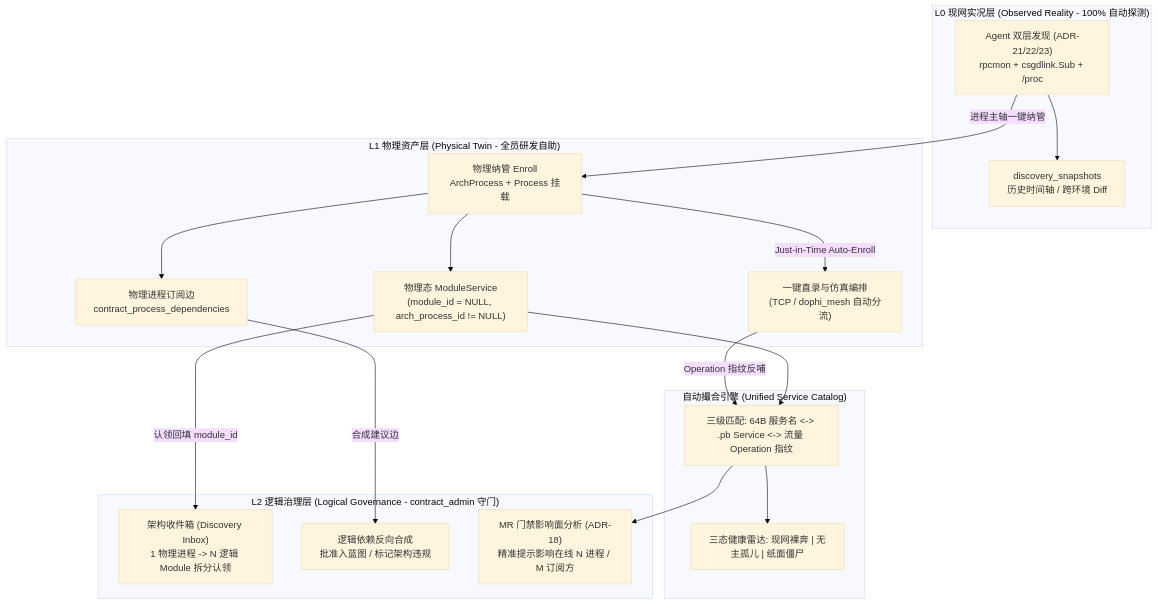
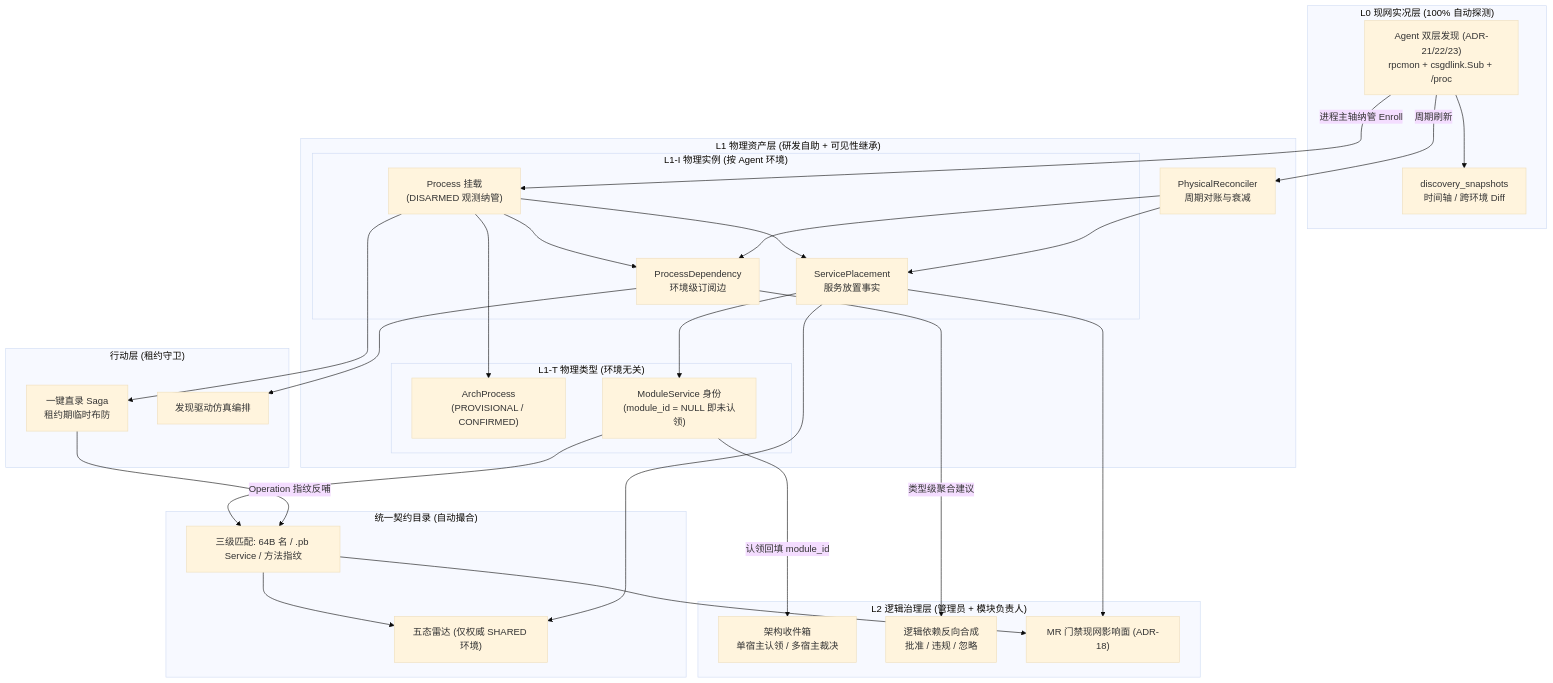
The second of 4 diagrams in docs/05-adr/24-csg-discovery-process-centric-and-physical-logical-boundary-adr.md (fugui/code-contract), drawn with Mermaid (base theme) before and after one commit. The commit also changed other lines of this file and 2 other files, not shown here.

Commit message:
docs: 修订 ADR-24 为 v1.1.0 完善物理双粒度模型与纳管隔离护栏

````diff
--- a/docs/05-adr/24-csg-discovery-process-centric-and-physical-logical-boundary-adr.md
+++ b/docs/05-adr/24-csg-discovery-process-centric-and-physical-logical-boundary-adr.md
@@ -93,36 +95,55 @@
 ```mermaid
 flowchart TB
-    subgraph L0["L0 现网实况层 (Observed Reality - 100% 自动探测)"]
+    subgraph L0["L0 现网实况层 (100% 自动探测)"]
         AGENT["Agent 双层发现 (ADR-21/22/23)\nrpcmon + csgdlink.Sub + /proc"]
-        SNAP["discovery_snapshots\n历史时间轴 / 跨环境 Diff"]
+        SNAP["discovery_snapshots\n时间轴 / 跨环境 Diff"]
         AGENT --> SNAP
     end
 
-    subgraph L1["L1 物理资产层 (Physical Twin - 全员研发自助)"]
-        ENROLL["物理纳管 Enroll\nArchProcess + Process 挂载"]
-        PHYS_SVC["物理态 ModuleService\n(module_id = NULL, arch_process_id != NULL)"]
-        PHYS_DEP["物理进程订阅边\ncontract_process_dependencies"]
-        QUICK_REC["一键直录与仿真编排\n(TCP / dophi_mesh 自动分流)"]
-        AGENT -->|进程主轴一键纳管| ENROLL
-        ENROLL --> PHYS_SVC
-        ENROLL --> PHYS_DEP
-        ENROLL -->|Just-in-Time Auto-Enroll| QUICK_REC
+    subgraph L1["L1 物理资产层 (研发自助 + 可见性继承)"]
+        subgraph L1T["L1-T 物理类型 (环境无关)"]
+            AP["ArchProcess\n(PROVISIONAL / CONFIRMED)"]
+            SID["ModuleService 身份\n(module_id = NULL 即未认领)"]
+        end
+        subgraph L1I["L1-I 物理实例 (按 Agent 环境)"]
+            PROC["Process 挂载\n(DISARMED 观测纳管)"]
+            PLC["ServicePlacement\n服务放置事实"]
+            PDEP["ProcessDependency\n环境级订阅边"]
+        end
+        REC["PhysicalReconciler\n周期对账与衰减"]
+        AGENT -->|进程主轴纳管 Enroll| PROC
+        PROC --> AP
+        PROC --> PLC
+        PLC --> SID
+        PROC --> PDEP
+        AGENT -->|周期刷新| REC
+        REC --> PLC
+        REC --> PDEP
     end
 
-    subgraph MATCH["自动撮合引擎 (Unified Service Catalog)"]
-        CORR["三级匹配: 64B 服务名 <-> .pb Service <-> 流量 Operation 指纹"]
-        RADAR["三态健康雷达: 现网裸奔 | 无主孤儿 | 纸面僵尸"]
-        PHYS_SVC --> CORR
-        QUICK_REC -->|Operation 指纹反哺| CORR
-        CORR --> RADAR
+    subgraph ACT["行动层 (租约守卫)"]
+        QREC["一键直录 Saga\n租约期临时布防"]
+        SIM["发现驱动仿真编排"]
+        PROC --> QREC
+        PDEP --> SIM
     end
 
-    subgraph L2["L2 逻辑治理层 (Logical Governance - contract_admin 守门)"]
-        INBOX["架构收件箱 (Discovery Inbox)\n1 物理进程 -> N 逻辑 Module 拆分认领"]
-        DEP_SYN["逻辑依赖反向合成\n批准入蓝图 / 标记架构违规"]
-        MR_GATE["MR 门禁影响面分析 (ADR-18)\n精准提示影响在线 N 进程 / M 订阅方"]
-        PHYS_SVC -->|认领回填 module_id| INBOX
-        PHYS_DEP -->|合成建议边| DEP_SYN
-        CORR --> MR_GATE
+    subgraph MATCH["统一契约目录 (自动撮合)"]
+        CORR["三级匹配: 64B 名 / .pb Service / 方法指纹"]
+        RADAR["五态雷达 (仅权威 SHARED 环境)"]
+        SID --> CORR
+        QREC -->|Operation 指纹反哺| CORR
+        CORR --> RADAR
+        PLC --> RADAR
+    end
+
+    subgraph L2["L2 逻辑治理层 (管理员 + 模块负责人)"]
+        INBOX["架构收件箱\n单宿主认领 / 多宿主裁决"]
+        DEPSYN["逻辑依赖反向合成\n批准 / 违规 / 忽略"]
+        MRGATE["MR 门禁现网影响面 (ADR-18)"]
+        SID -->|认领回填 module_id| INBOX
+        PDEP -->|类型级聚合建议| DEPSYN
+        CORR --> MRGATE
+        PLC --> MRGATE
     end
 ```
````
